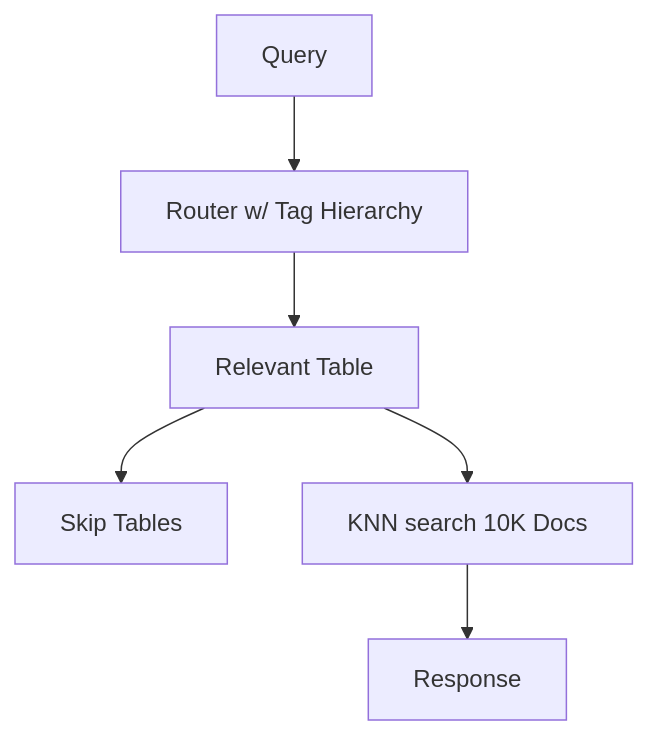
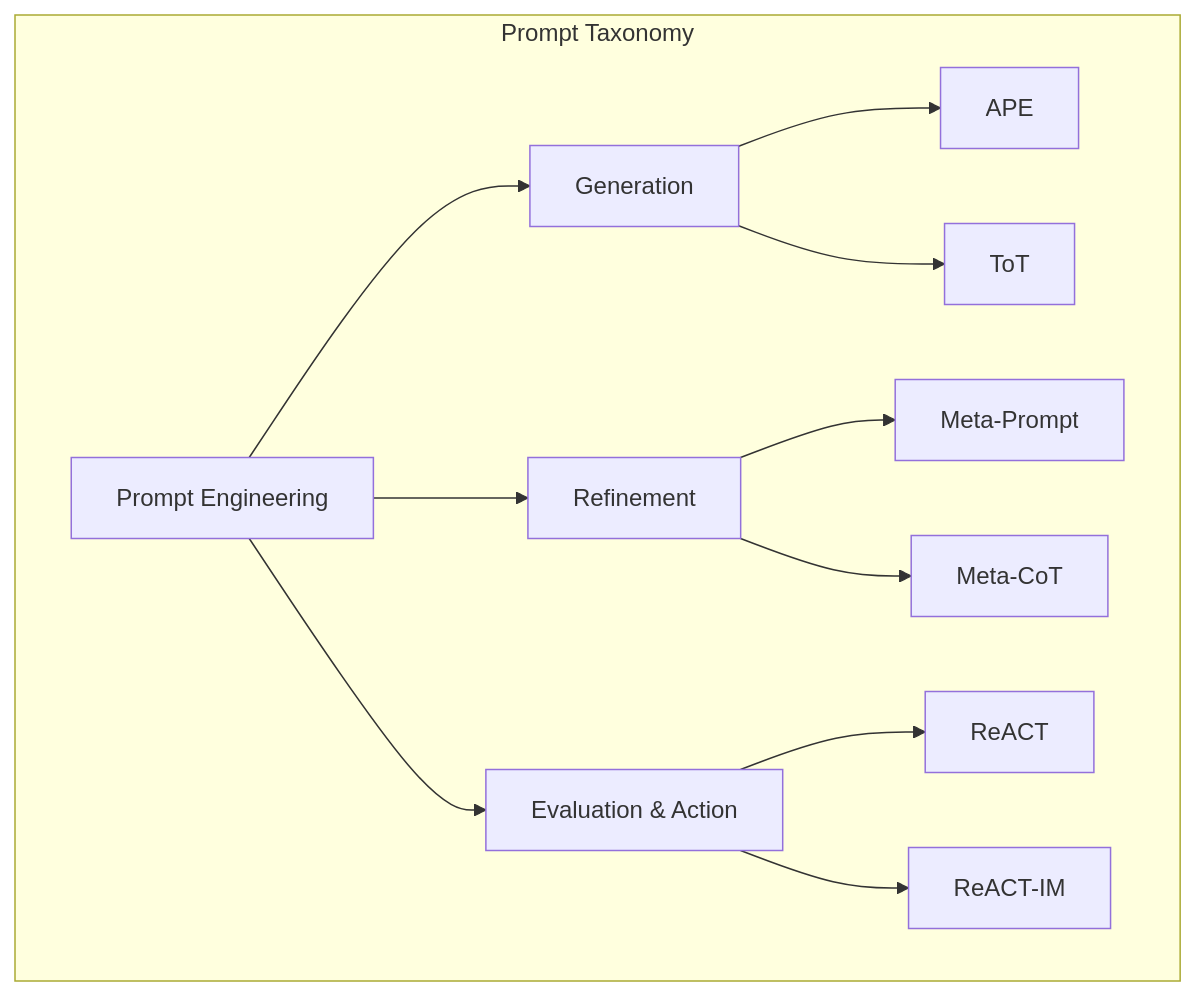
The second of 2 diagrams in README.md (Kernel-Dirichlet/AcceleRAG), drawn with Mermaid before and after one commit. The commit also changed other lines of this file, not shown here.

````diff
--- a/README.md
+++ b/README.md
@@ -318,8 +468,14 @@
 ```mermaid
 graph TD
-    A[Query] --> B[Router w/ Tag Hierarchy]
-    B --> C[Relevant Table]
-    C --> D[Skip Tables]
-    C --> E[KNN search 10K Docs]
-    E --> F[Response]
+    subgraph "Prompt Taxonomy"
+        A[Prompt Engineering] --> B[Generation]
+        A --> C[Refinement]
+        A --> D[Evaluation & Action]
+        B --> B1[APE]
+        B --> B2[ToT]
+        C --> C1[Meta-Prompt]
+        C --> C2[Meta-CoT]
+        D --> D1[ReACT]
+        D --> D2[ReACT-IM]
+    end
 ```
````
